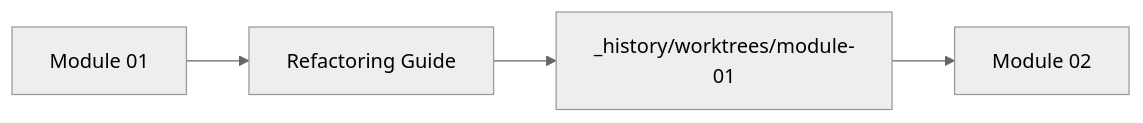
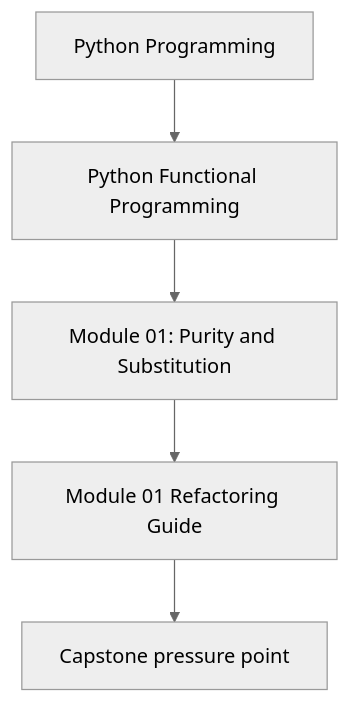
Before and after one commit to bijux/bijux-masterclass: the first of 2 diagrams in programs/python-programming/python-functional-programming/course-book/module-01-purity-and-substitution/refactoring-guide.md, drawn with Mermaid (neutral theme). The commit also changed other lines of this file and 118 other files, not shown here.

Commit message:
docs(python-functional-programming): align concept page diagrams

````diff
--- a/programs/python-programming/python-functional-programming/course-book/module-01-purity-and-substitution/refactoring-guide.md
+++ b/programs/python-programming/python-functional-programming/course-book/module-01-purity-and-substitution/refactoring-guide.md
@@ -7,6 +7,7 @@
 ```mermaid
-graph LR
-  module["Module 01"] --> guide["Refactoring Guide"]
-  guide --> worktree["_history/worktrees/module-01"]
-  worktree --> next["Module 02"]
+flowchart TD
+  family["Python Programming"] --> program["Python Functional Programming"]
+  program --> module["Module 01: Purity and Substitution"]
+  module --> concept["Module 01 Refactoring Guide"]
+  concept --> capstone["Capstone pressure point"]
 ```
````
